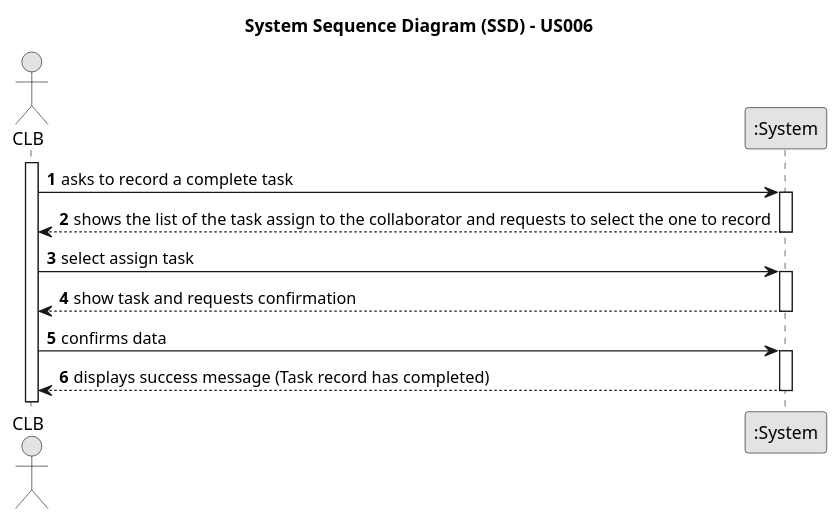
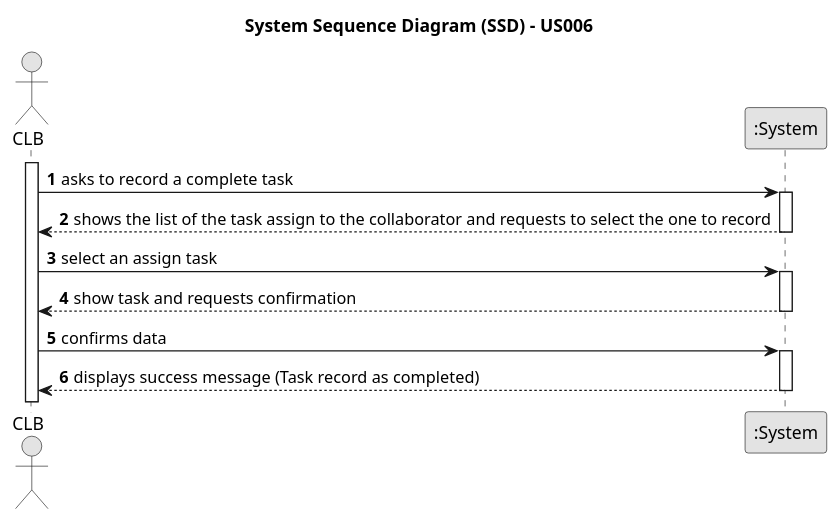
Before and after one commit to ricardomm7/leaflink: the diagram in docs/sprintC/us029/01.requirements-engineering/puml/us029-system-sequence-diagram-alternative-one.puml, drawn with PlantUML. The commit also changed 20 other files, not shown here.

Commit message:
Update US029 documentation and diagrams (Requirement Engineering, Analysis and Design files)

```diff
--- a/docs/sprintC/us029/01.requirements-engineering/puml/us029-system-sequence-diagram-alternative-one.puml
+++ b/docs/sprintC/us029/01.requirements-engineering/puml/us029-system-sequence-diagram-alternative-one.puml
@@ -1,34 +1,34 @@
 @startuml
 skinparam monochrome true
 skinparam packageStyle rectangle
 skinparam shadowing false
 
 title System Sequence Diagram (SSD) - US006
 
 autonumber
 
 actor "CLB" as CLB
 participant ":System" as System
 
 activate CLB
 
     CLB -> System : asks to record a complete task
     activate System
 
         System --> CLB : shows the list of the task assign to the collaborator and requests to select the one to record
     deactivate System
 
-    CLB -> System : select assign task
+    CLB -> System : select an assign task
 
     activate System
 
         System --> CLB : show task and requests confirmation
     deactivate System
 
     CLB -> System : confirms data
     activate System
 
-        System --> CLB :  displays success message (Task record has completed)
+        System --> CLB :  displays success message (Task record as completed)
     deactivate System
 
 @enduml
```
